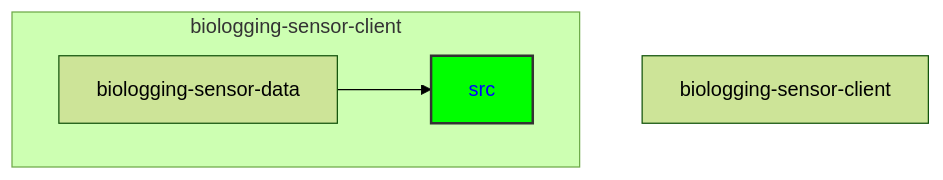
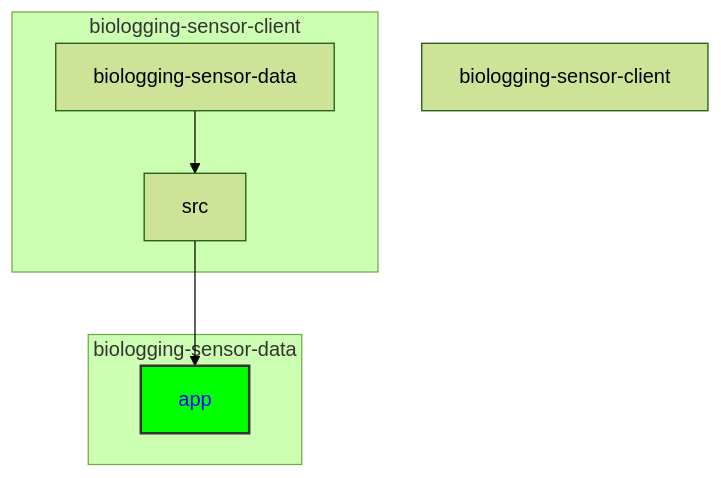
One commit to Khosiyat/Algorithms changed the diagram in draft-delete.md. Above: the diagram before and after it, drawn with Mermaid (forest theme).

````diff
--- a/draft-delete.md
+++ b/draft-delete.md
@@ -1,13 +1,17 @@
 ```mermaid
 graph TD
     A["biologging-sensor-client"] 
     B["biologging-sensor-data"]
-    C["<span style='color:blue'>src</span>"]
+    C["src"]
+    D["<span style='color:blue'>app</span>"]
 
     subgraph biologging-sensor-client
         B --> C
     end
+    subgraph biologging-sensor-data
+        C --> D
+    end
 
-    style C fill:#0f0,stroke:#333,stroke-width:2px;
+    style D fill:#0f0,stroke:#333,stroke-width:2px;
 
 ```
````
